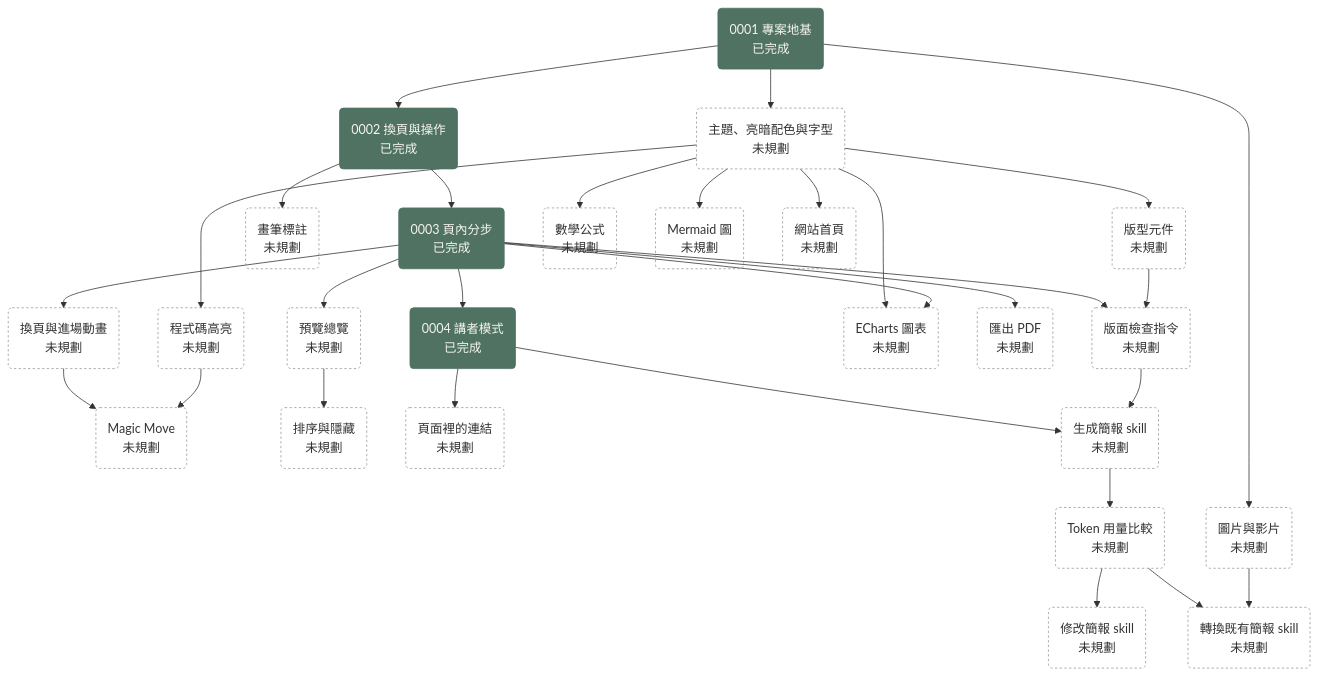
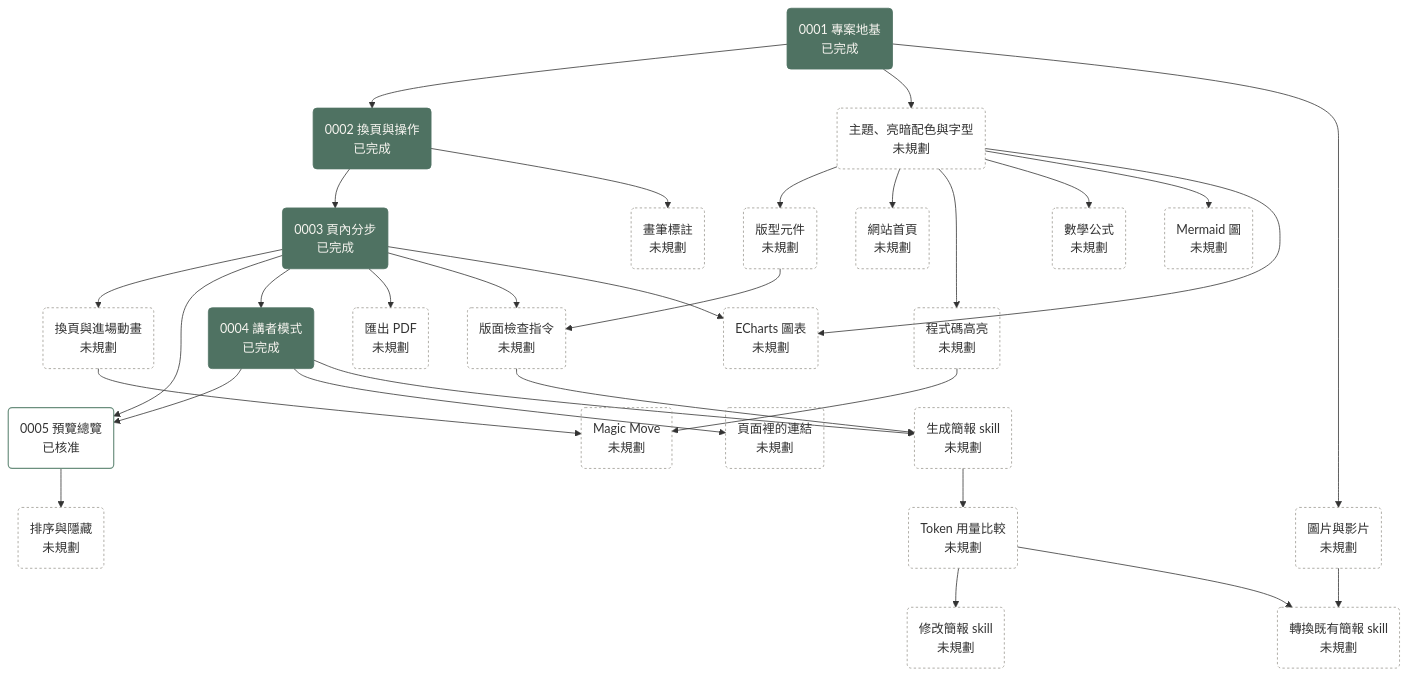
One commit to bingyangchen/diapo changed the diagram in docs/plans/roadmap.md. Above: the diagram before and after it, drawn with Mermaid. The commit also changed other lines of this file and 2 other files, not shown here.

Commit message:
[plan 0005] Slide overview (#16)

````diff
--- a/docs/plans/roadmap.md
+++ b/docs/plans/roadmap.md
@@ -7,47 +7,48 @@
 ```mermaid
 flowchart TD
   P0001("0001 專案地基<br/>已完成"):::done
   P0002("0002 換頁與操作<br/>已完成"):::done
   P0003("0003 頁內分步<br/>已完成"):::done
   transitions("換頁與進場動畫<br/>未規劃"):::unplanned
   magic_move("Magic Move<br/>未規劃"):::unplanned
-  overview("預覽總覽<br/>未規劃"):::unplanned
+  P0005("0005 預覽總覽<br/>已核准"):::approved
   reorder("排序與隱藏<br/>未規劃"):::unplanned
   annotation("畫筆標註<br/>未規劃"):::unplanned
   page_links("頁面裡的連結<br/>未規劃"):::unplanned
   P0004("0004 講者模式<br/>已完成"):::done
   theme("主題、亮暗配色與字型<br/>未規劃"):::unplanned
   layouts("版型元件<br/>未規劃"):::unplanned
   media("圖片與影片<br/>未規劃"):::unplanned
   code_highlight("程式碼高亮<br/>未規劃"):::unplanned
   math("數學公式<br/>未規劃"):::unplanned
   mermaid_diagram("Mermaid 圖<br/>未規劃"):::unplanned
   charts("ECharts 圖表<br/>未規劃"):::unplanned
   pdf_export("匯出 PDF<br/>未規劃"):::unplanned
   site_home("網站首頁<br/>未規劃"):::unplanned
   layout_check("版面檢查指令<br/>未規劃"):::unplanned
   skill_generate("生成簡報 skill<br/>未規劃"):::unplanned
   token_benchmark("Token 用量比較<br/>未規劃"):::unplanned
   skill_modify("修改簡報 skill<br/>未規劃"):::unplanned
   skill_convert("轉換既有簡報 skill<br/>未規劃"):::unplanned
   P0001 --> P0002 --> P0003 --> transitions --> magic_move
-  P0003 --> overview --> reorder
+  P0003 --> P0005 --> reorder
+  P0004 --> P0005
   P0002 --> annotation
   P0004 --> page_links
   P0003 --> P0004 --> skill_generate
   P0003 --> pdf_export
   P0003 --> layout_check
   P0001 --> theme --> layouts --> layout_check --> skill_generate
   skill_generate --> token_benchmark --> skill_modify
   token_benchmark --> skill_convert
   P0001 --> media --> skill_convert
   theme --> site_home
   theme --> code_highlight --> magic_move
   theme --> math
   theme --> mermaid_diagram
   theme --> charts
   P0003 --> charts
   classDef done fill:#4f7262,stroke:#4f7262,color:#f7f5f0
   classDef approved fill:none,stroke:#6b8f7e,stroke-width:1.5px
   classDef unplanned fill:none,stroke:#9a978f,stroke-dasharray:3 3
 ```
````
